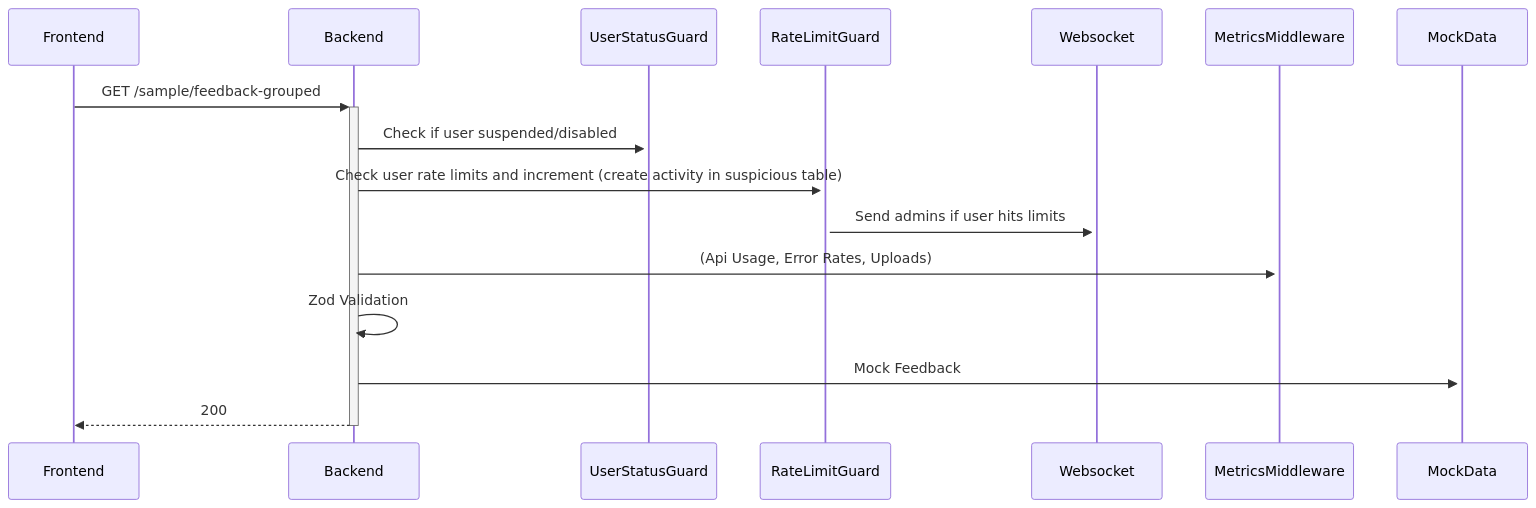
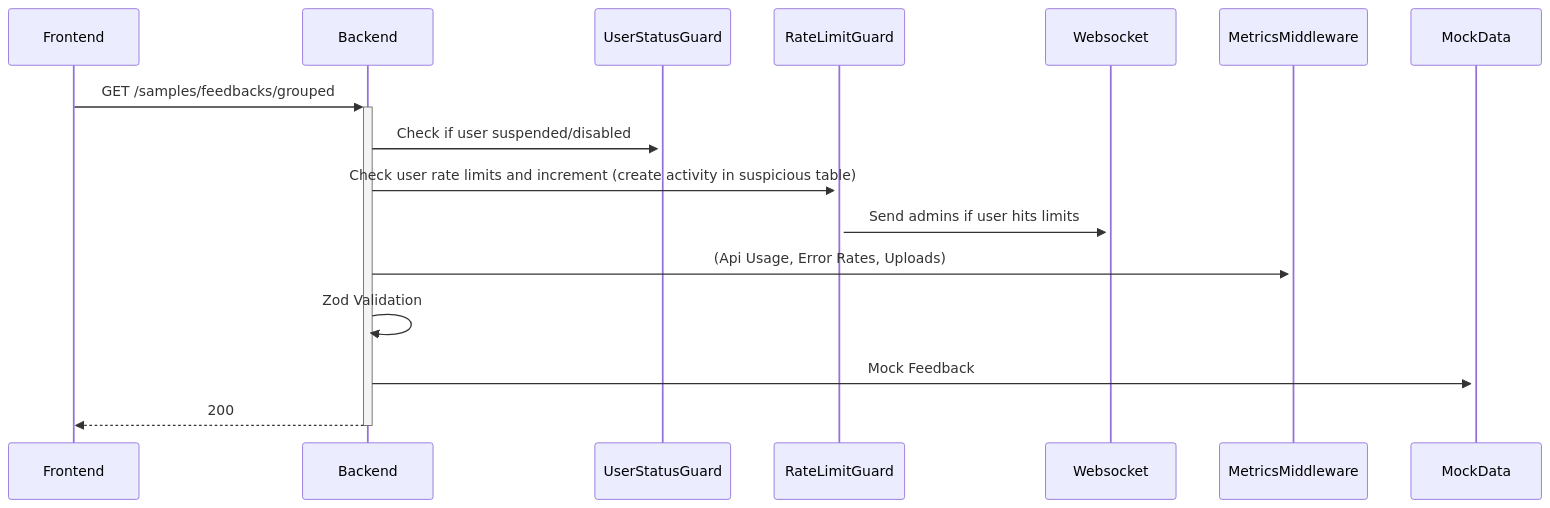
Before and after one commit to Xayrulloh/Feedback-Sentiment: diagram 27 of 33 in README.md, drawn with Mermaid. The commit also changed other lines of this file, not shown here.

````diff
--- a/README.md
+++ b/README.md
@@ -530,11 +594,11 @@
 ```mermaid
 sequenceDiagram
-    Frontend->>+Backend: GET /sample/feedback-grouped
+    Frontend->>+Backend: GET /samples/feedbacks/grouped
     Backend->>+UserStatusGuard: Check if user suspended/disabled
     Backend->>+RateLimitGuard: Check user rate limits and increment (create activity in suspicious table)
     RateLimitGuard->>+Websocket: Send admins if user hits limits
     Backend->>+MetricsMiddleware: (Api Usage, Error Rates, Uploads)
     Backend->>Backend: Zod Validation
     Backend->>+MockData: Mock Feedback
     Backend-->>-Frontend: 200
 ```
````
